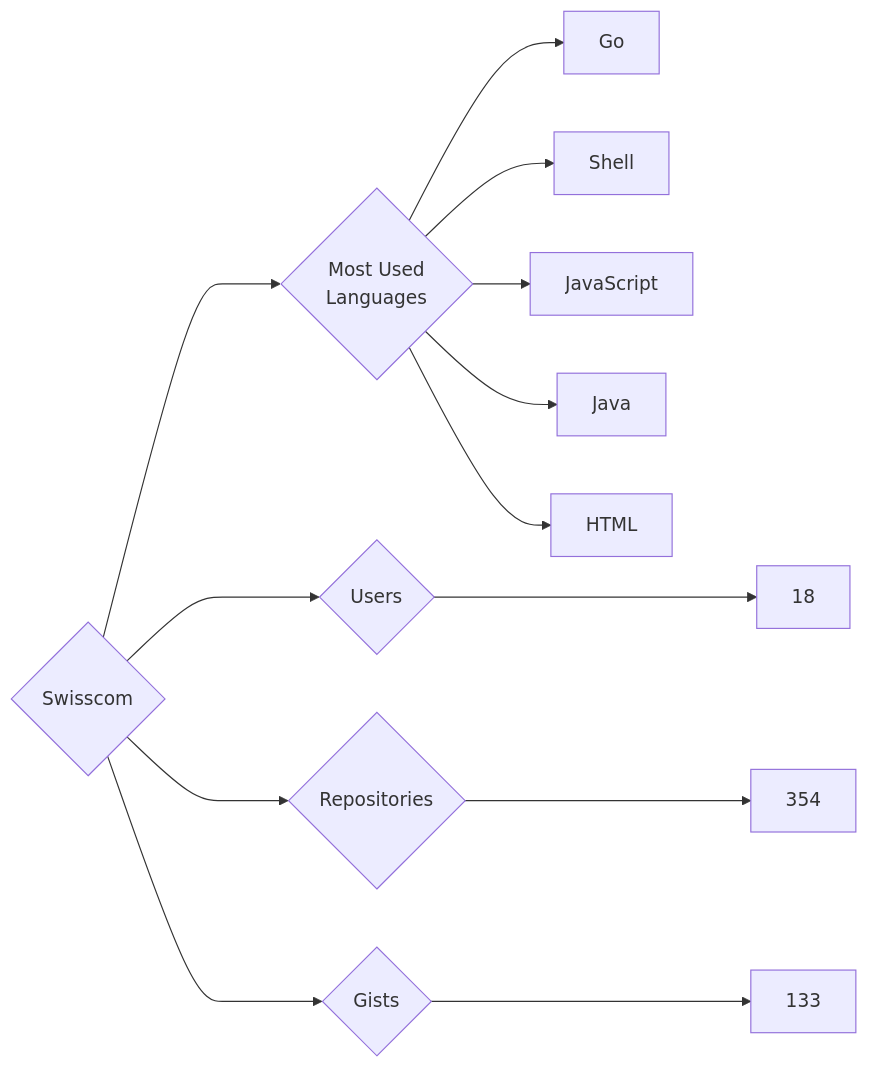
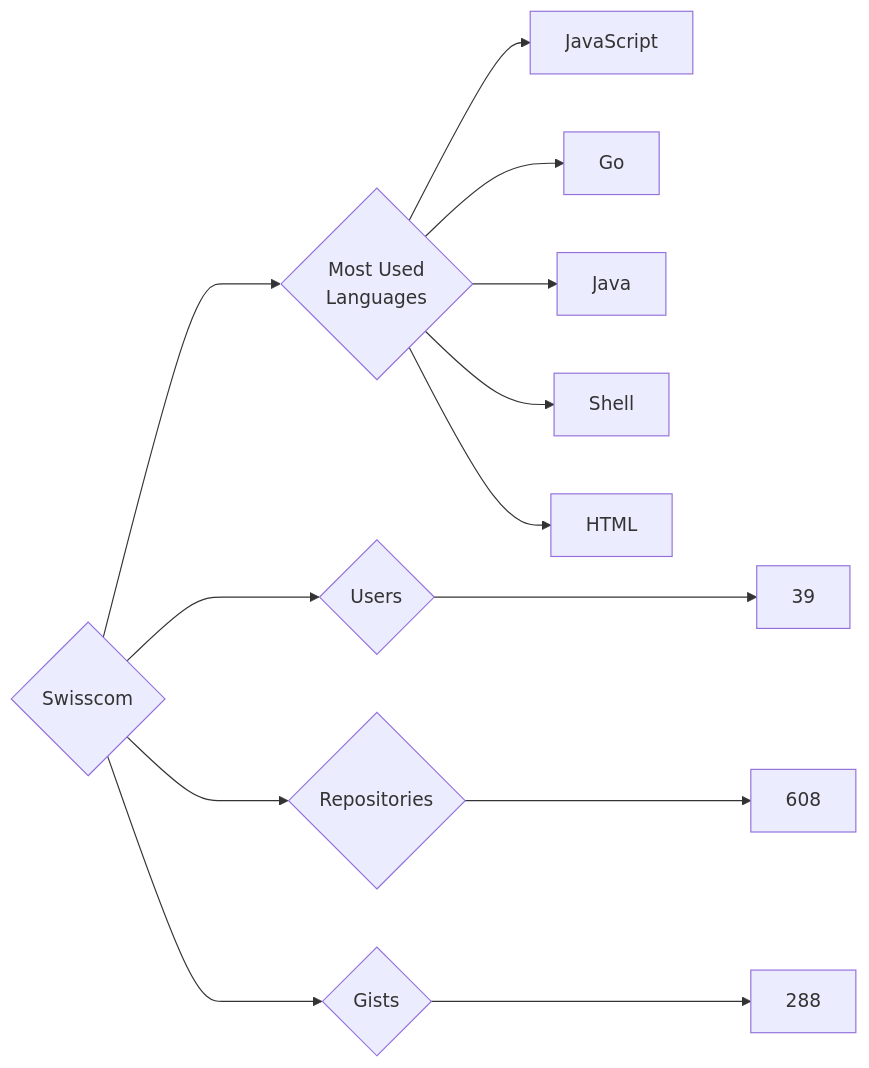
One commit to trickest/insiders changed the diagram in targets/Swisscom/README.md. Above: the diagram before and after it, drawn with Mermaid. The commit also changed 912 other files, not shown here.

````diff
--- a/targets/Swisscom/README.md
+++ b/targets/Swisscom/README.md
@@ -3,13 +3,13 @@
 ```mermaid
 graph LR
 COMPANY_NAME{Swisscom}
-COMPANY_NAME ---> U{Users} ---> UN[18]
-COMPANY_NAME ---> R{Repositories} ---> RN[354]
-COMPANY_NAME ---> G{Gists} ---> GN[133]
+COMPANY_NAME ---> U{Users} ---> UN[39]
+COMPANY_NAME ---> R{Repositories} ---> RN[608]
+COMPANY_NAME ---> G{Gists} ---> GN[288]
 COMPANY_NAME ---> ML{Most Used<br>Languages}
+ML --> JavaScript[JavaScript]
 ML --> Go[Go]
+ML --> Java[Java]
 ML --> Shell[Shell]
-ML --> JavaScript[JavaScript]
-ML --> Java[Java]
 ML --> HTML[HTML]
 ```
````
